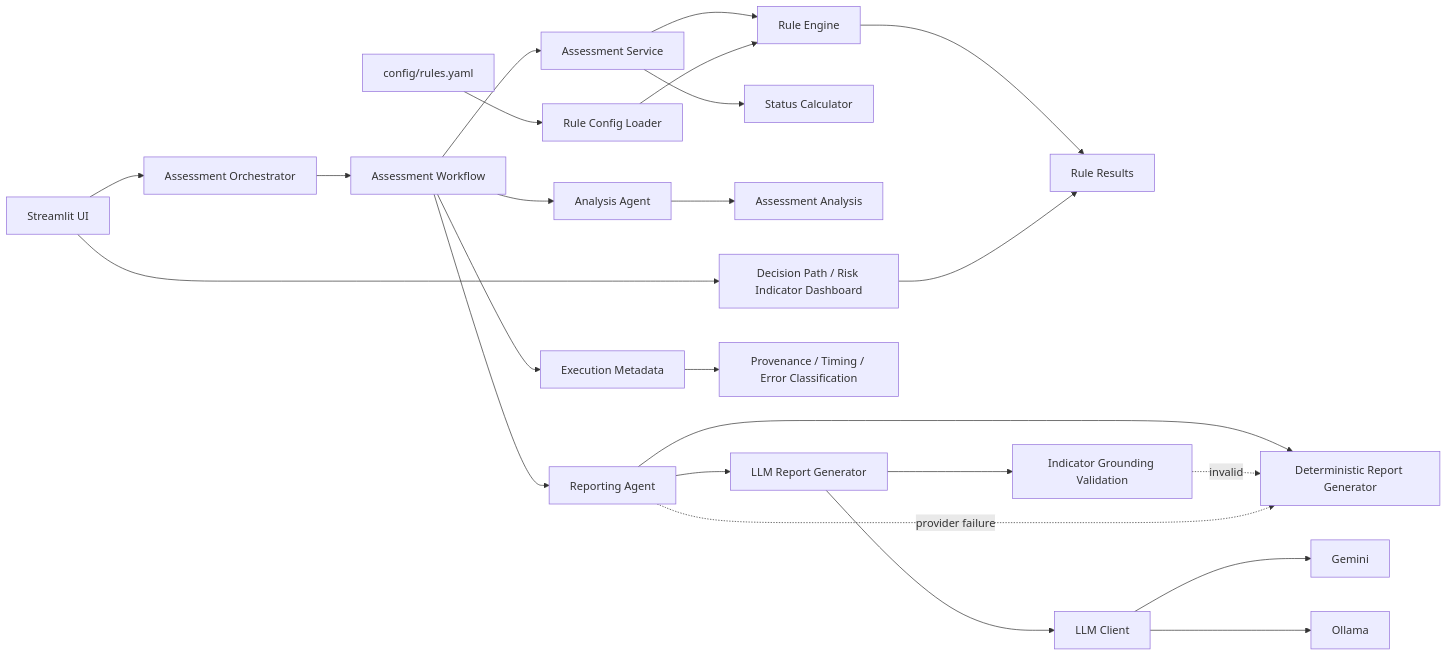
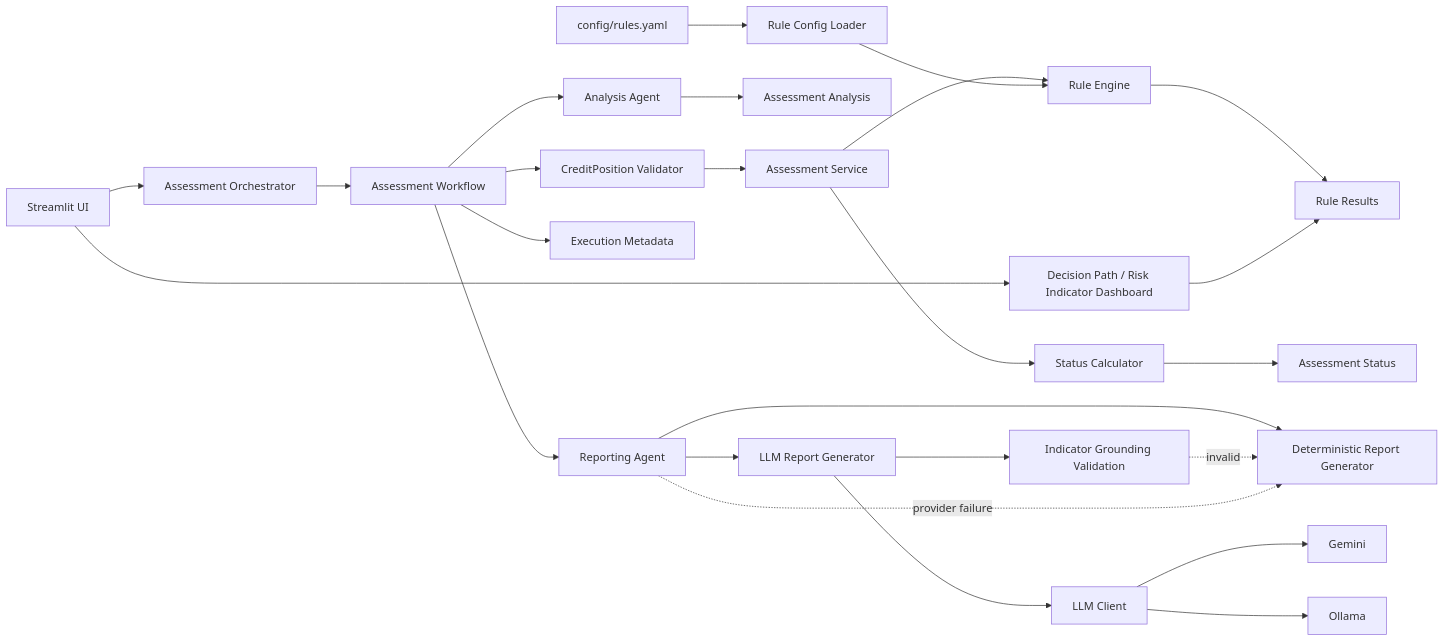
One commit to danielematix67-boop/credit-assessment-system changed the diagram in docs/architecture-decisions.md. Above: the diagram before and after it, drawn with Mermaid. The commit also changed other lines of this file, not shown here.

Commit message:
docs: record input validation and not evaluable decisions

````diff
--- a/docs/architecture-decisions.md
+++ b/docs/architecture-decisions.md
@@ -395,26 +366,27 @@
 ```mermaid
 flowchart LR
     UI[Streamlit UI] --> ORCH[Assessment Orchestrator]
     ORCH --> WF[Assessment Workflow]
-    WF --> AS[Assessment Service]
+    WF --> VAL[CreditPosition Validator]
+    VAL --> AS[Assessment Service]
     AS --> RE[Rule Engine]
     RE --> RR[Rule Results]
     AS --> SC[Status Calculator]
+    SC --> STATUS[Assessment Status]
     WF --> AA[Analysis Agent]
     AA --> ANA[Assessment Analysis]
     WF --> RP[Reporting Agent]
     RP --> DRG[Deterministic Report Generator]
     RP --> LLMG[LLM Report Generator]
     LLMG --> LC[LLM Client]
     LC --> GEM[Gemini]
     LC --> OLL[Ollama]
-    LLMG --> VAL[Indicator Grounding Validation]
-    VAL -. invalid .-> DRG
+    LLMG --> GROUND[Indicator Grounding Validation]
+    GROUND -. invalid .-> DRG
     RP -. provider failure .-> DRG
     WF --> META[Execution Metadata]
-    META --> TRACE[Provenance / Timing / Error Classification]
     CFG[config/rules.yaml] --> RCL[Rule Config Loader]
     RCL --> RE
     UI --> EVID[Decision Path / Risk Indicator Dashboard]
     EVID --> RR
 ```
````
